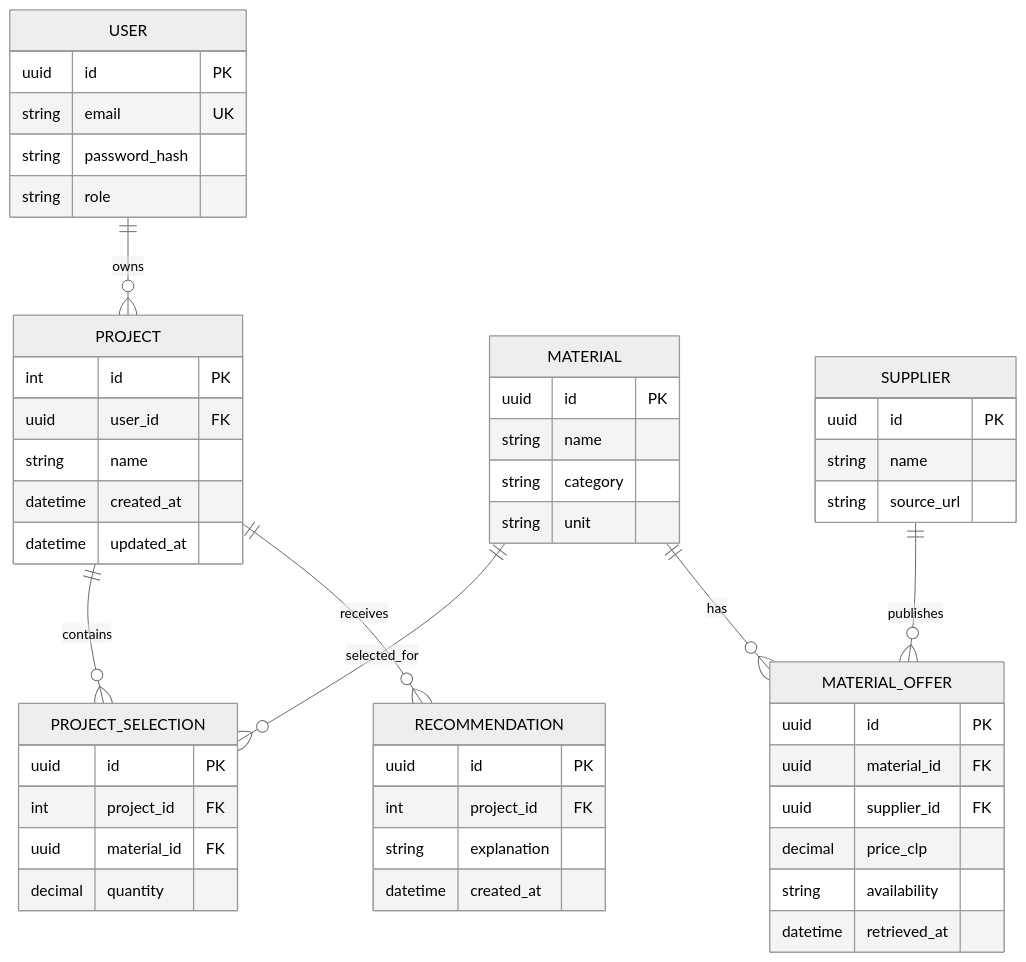
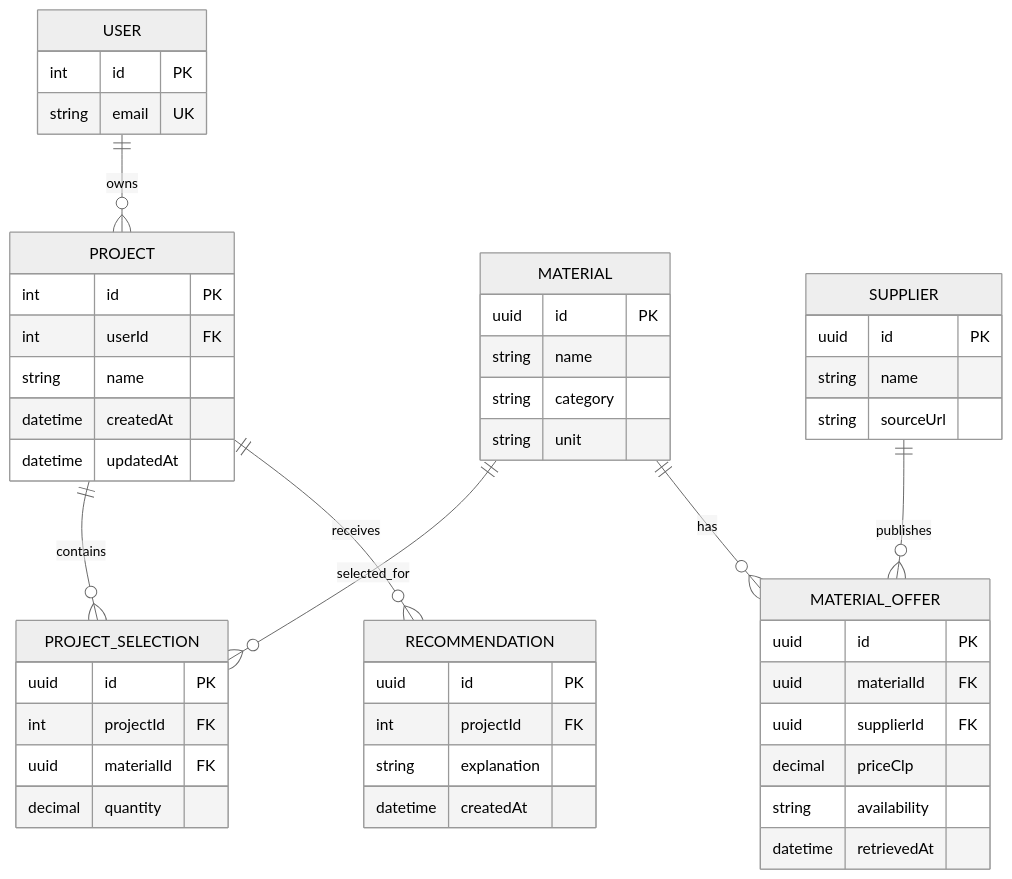
One commit to Fourdath/Habita3D changed the second of 2 diagrams in docs/architecture/data-model.md. Above: the diagram before and after it, drawn with Mermaid (neutral theme). The commit also changed other lines of this file and 8 other files, not shown here.

````diff
--- a/docs/architecture/data-model.md
+++ b/docs/architecture/data-model.md
@@ -15,54 +48,52 @@
 ```mermaid
 erDiagram
     USER ||--o{ PROJECT : owns
     PROJECT ||--o{ PROJECT_SELECTION : contains
     MATERIAL ||--o{ PROJECT_SELECTION : selected_for
     SUPPLIER ||--o{ MATERIAL_OFFER : publishes
     MATERIAL ||--o{ MATERIAL_OFFER : has
     PROJECT ||--o{ RECOMMENDATION : receives
 
     USER {
-        uuid id PK
+        int id PK
         string email UK
-        string password_hash
-        string role
     }
     PROJECT {
         int id PK
-        uuid user_id FK
+        int userId FK
         string name
-        datetime created_at
-        datetime updated_at
+        datetime createdAt
+        datetime updatedAt
     }
     MATERIAL {
         uuid id PK
         string name
         string category
         string unit
     }
     SUPPLIER {
         uuid id PK
         string name
-        string source_url
+        string sourceUrl
     }
     MATERIAL_OFFER {
         uuid id PK
-        uuid material_id FK
-        uuid supplier_id FK
-        decimal price_clp
+        uuid materialId FK
+        uuid supplierId FK
+        decimal priceClp
         string availability
-        datetime retrieved_at
+        datetime retrievedAt
     }
     PROJECT_SELECTION {
         uuid id PK
-        int project_id FK
-        uuid material_id FK
+        int projectId FK
+        uuid materialId FK
         decimal quantity
     }
     RECOMMENDATION {
         uuid id PK
-        int project_id FK
+        int projectId FK
         string explanation
-        datetime created_at
+        datetime createdAt
     }
 ```
````
